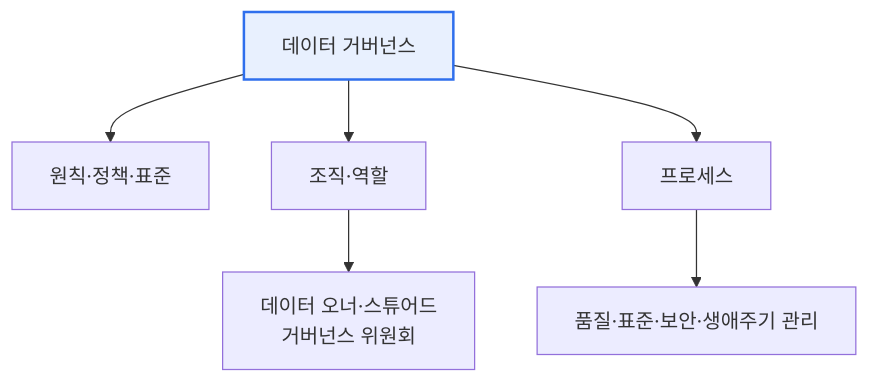
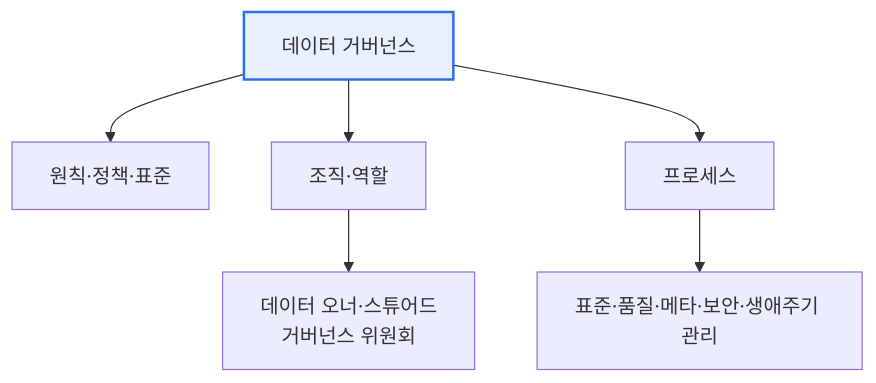
Before and after one commit to coninggu/wjdqhrhksflrltnftk: the diagram in content/data-governance.md, drawn with Mermaid. The commit also changed other lines of this file and 5 other files, not shown here.

````diff
--- a/content/data-governance.md
+++ b/content/data-governance.md
@@ -12,9 +15,9 @@
 ```mermaid
 flowchart TB
   G[데이터 거버넌스] --> P[원칙·정책·표준]
   G --> O[조직·역할]
   G --> PR[프로세스]
   O --> O1["데이터 오너·스튜어드<br/>거버넌스 위원회"]
-  PR --> PR1[품질·표준·보안·생애주기 관리]
+  PR --> PR1[표준·품질·메타·보안·생애주기 관리]
   style G fill:#e8f0fe,stroke:#2f6fed,stroke-width:2px
 ```
````
